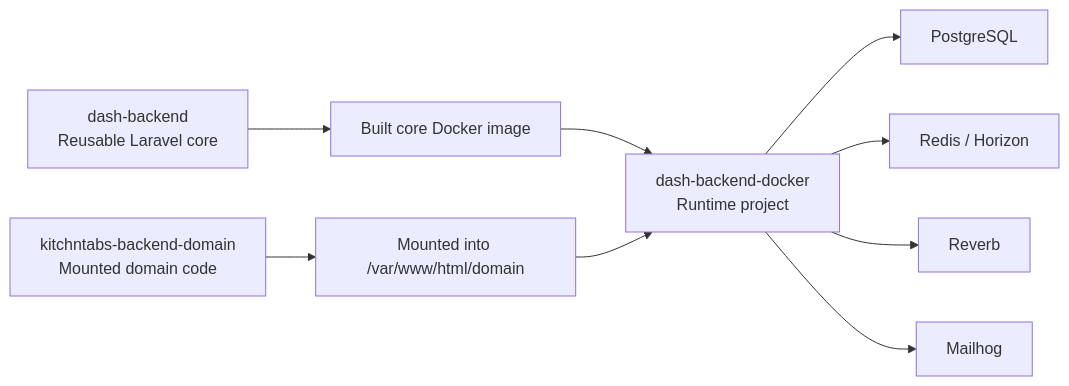
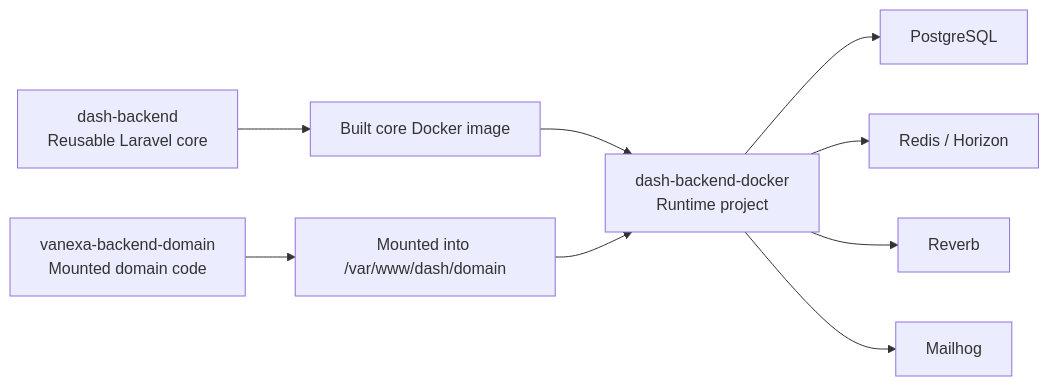
Before and after one commit to farandal/dash-backend-docker: the diagram in docs/solution-architecture.md, drawn with Mermaid. The commit also changed other lines of this file and 16 other files, not shown here.

````diff
--- a/docs/solution-architecture.md
+++ b/docs/solution-architecture.md
@@ -9,11 +9,11 @@
 ```mermaid
 flowchart LR
 	A[dash-backend<br/>Reusable Laravel core] --> B[Built core Docker image]
-	C[kitchntabs-backend-domain<br/>Mounted domain code] --> D[Mounted into /var/www/html/domain]
+	C[vanexa-backend-domain<br/>Mounted domain code] --> D[Mounted into /var/www/dash/domain]
 	B --> E[dash-backend-docker<br/>Runtime project]
 	D --> E
 	E --> F[PostgreSQL]
 	E --> G[Redis / Horizon]
 	E --> H[Reverb]
 	E --> I[Mailhog]
 ```
````
